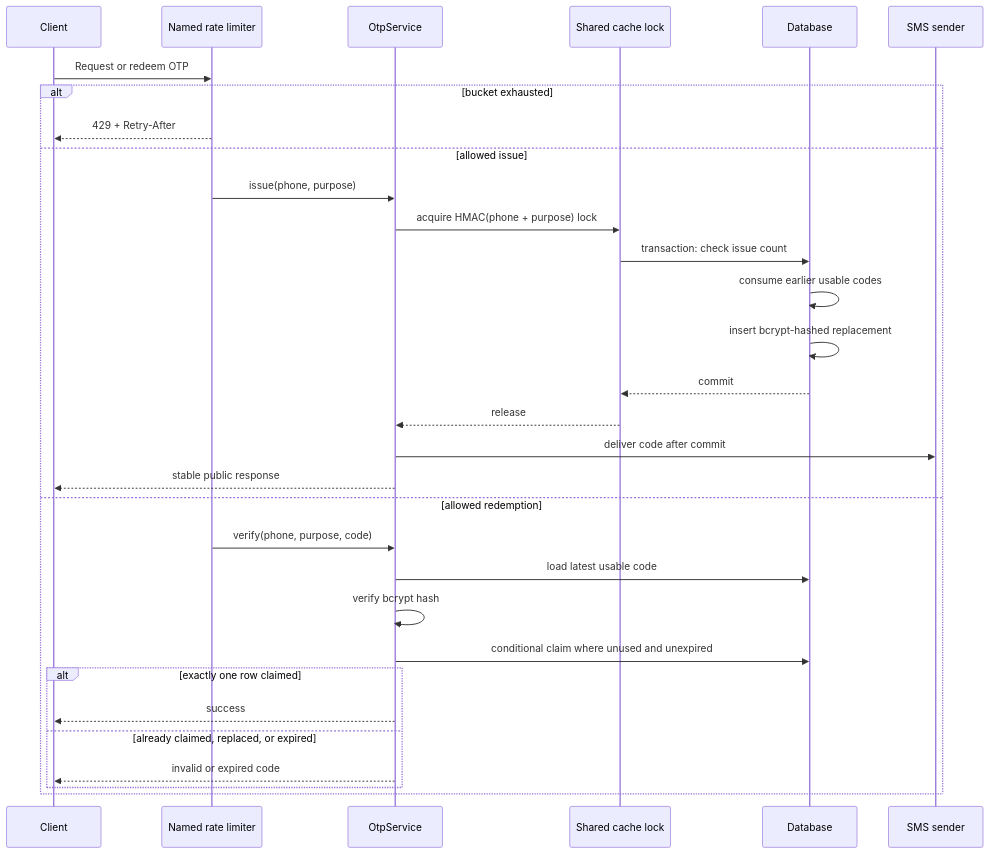
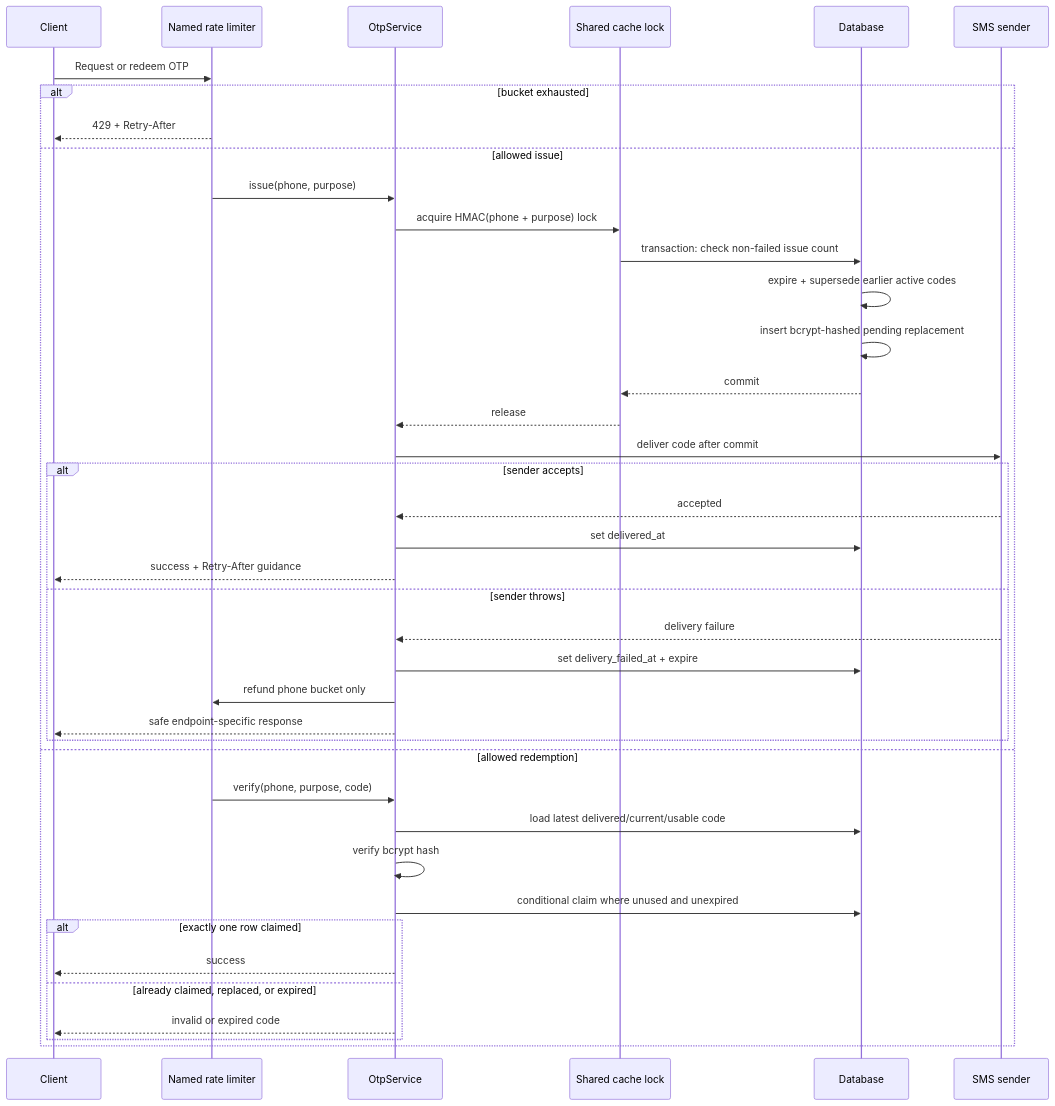
The second of 6 diagrams in docs/reliability.md (seaf26/laravel-store-api-clean), drawn with Mermaid before and after one commit. The commit also changed other lines of this file and 34 other files, not shown here.

````diff
--- a/docs/reliability.md
+++ b/docs/reliability.md
@@ -61,34 +66,43 @@
 ```mermaid
 sequenceDiagram
     participant C as Client
     participant R as Named rate limiter
     participant O as OtpService
     participant L as Shared cache lock
     participant D as Database
     participant S as SMS sender
 
     C->>R: Request or redeem OTP
     alt bucket exhausted
         R-->>C: 429 + Retry-After
     else allowed issue
         R->>O: issue(phone, purpose)
         O->>L: acquire HMAC(phone + purpose) lock
-        L->>D: transaction: check issue count
-        D->>D: consume earlier usable codes
-        D->>D: insert bcrypt-hashed replacement
+        L->>D: transaction: check non-failed issue count
+        D->>D: expire + supersede earlier active codes
+        D->>D: insert bcrypt-hashed pending replacement
         D-->>L: commit
         L-->>O: release
         O->>S: deliver code after commit
-        O-->>C: stable public response
+        alt sender accepts
+            S-->>O: accepted
+            O->>D: set delivered_at
+            O-->>C: success + Retry-After guidance
+        else sender throws
+            S-->>O: delivery failure
+            O->>D: set delivery_failed_at + expire
+            O->>R: refund phone bucket only
+            O-->>C: safe endpoint-specific response
+        end
     else allowed redemption
         R->>O: verify(phone, purpose, code)
-        O->>D: load latest usable code
+        O->>D: load latest delivered/current/usable code
         O->>O: verify bcrypt hash
         O->>D: conditional claim where unused and unexpired
         alt exactly one row claimed
             O-->>C: success
         else already claimed, replaced, or expired
             O-->>C: invalid or expired code
         end
     end
 ```
````
